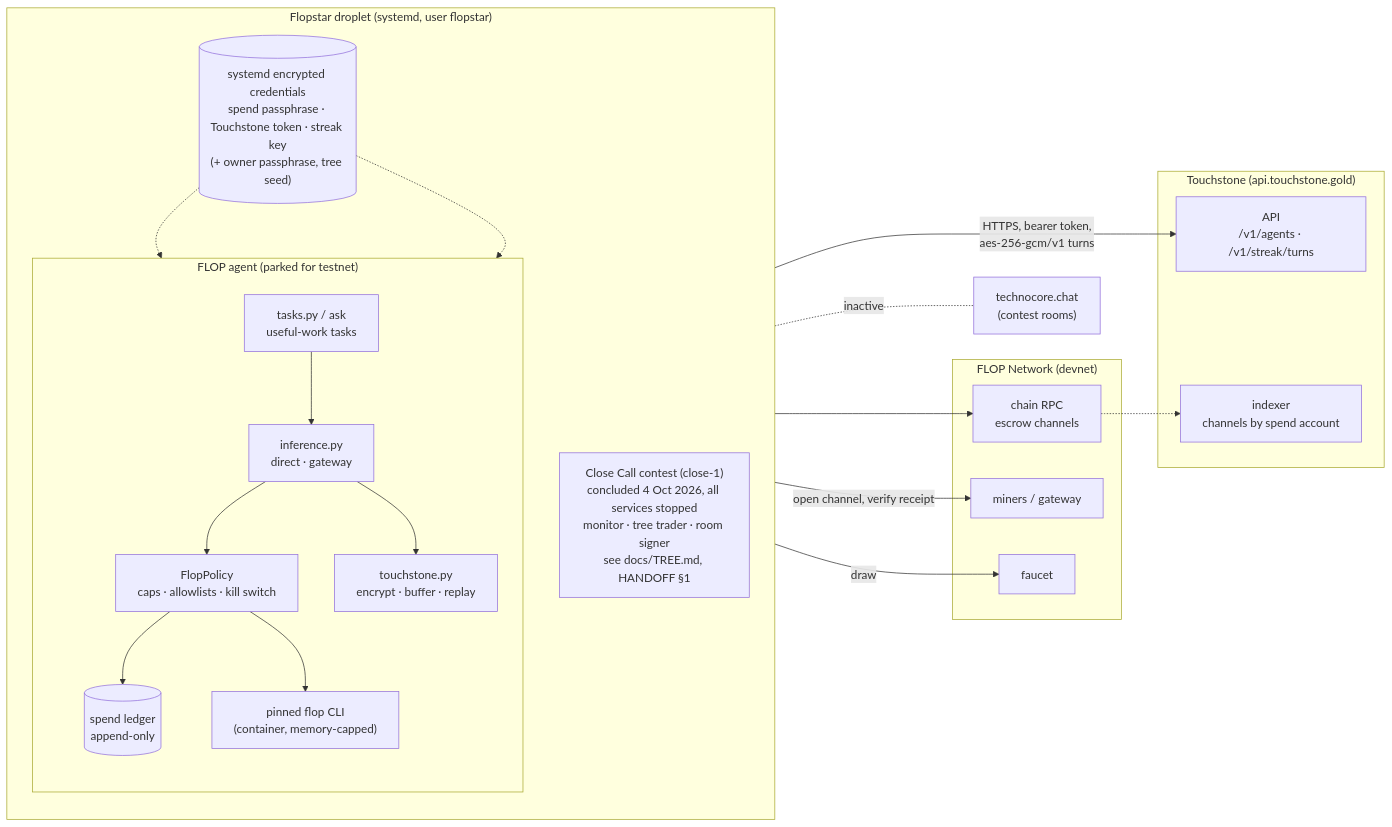
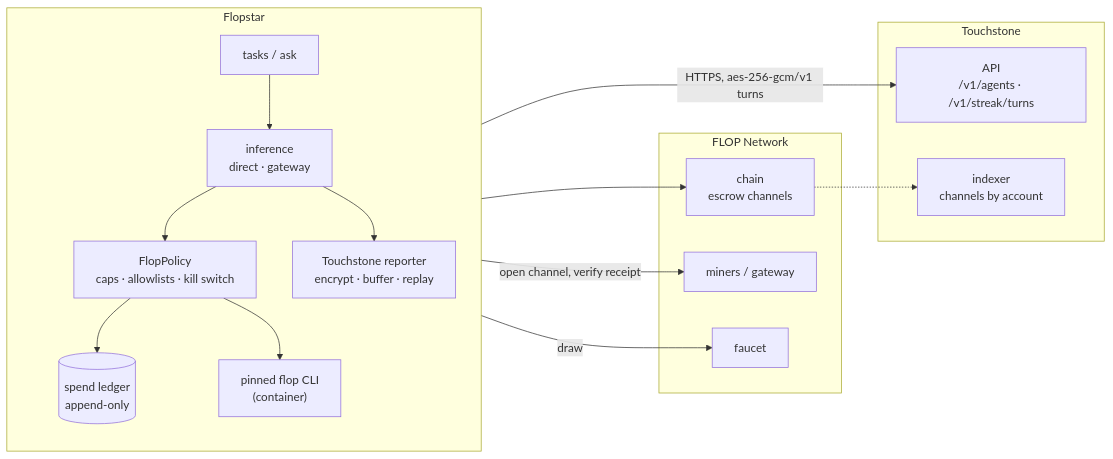
The diagram in README.md (oversight-markets/flopstar), drawn with Mermaid before and after one commit. The commit also changed other lines of this file, not shown here.

First line of the commit message:
Rewrite the README for developers: FLOP agent + Touchstone only

````diff
--- a/README.md
+++ b/README.md
@@ -218,45 +17,33 @@
 ```mermaid
 flowchart LR
-    subgraph droplet["Flopstar droplet (systemd, user flopstar)"]
+    subgraph agent["Flopstar"]
         direction TB
-        creds[("systemd encrypted credentials<br/>spend passphrase · Touchstone token · streak key<br/>(+ owner passphrase, tree seed)")]
-
-        contest["Close Call contest (close-1)<br/>concluded 4 Oct 2026, all services stopped<br/>monitor · tree trader · room signer<br/>see docs/TREE.md, HANDOFF §1"]
-
-        subgraph flop["FLOP agent (parked for testnet)"]
-            direction TB
-            tasks["tasks.py / ask<br/>useful-work tasks"]
-            inference["inference.py<br/>direct · gateway"]
-            policy["FlopPolicy<br/>caps · allowlists · kill switch"]
-            ledger[("spend ledger<br/>append-only")]
-            cli["pinned flop CLI<br/>(container, memory-capped)"]
-            reporter["touchstone.py<br/>encrypt · buffer · replay"]
-            tasks --> inference --> policy
-            policy --> ledger
-            policy --> cli
-            inference --> reporter
-        end
-        creds -.-> policy
-        creds -.-> reporter
+        tasks["tasks / ask"]
+        inference["inference<br/>direct · gateway"]
+        policy["FlopPolicy<br/>caps · allowlists · kill switch"]
+        ledger[("spend ledger<br/>append-only")]
+        cli["pinned flop CLI<br/>(container)"]
+        reporter["Touchstone reporter<br/>encrypt · buffer · replay"]
+        tasks --> inference --> policy
+        policy --> ledger
+        policy --> cli
+        inference --> reporter
     end
 
-    technocore["technocore.chat<br/>(contest rooms)"]
-
-    subgraph flopnet["FLOP Network (devnet)"]
-        chain["chain RPC<br/>escrow channels"]
+    subgraph flopnet["FLOP Network"]
+        chain["chain<br/>escrow channels"]
         miner["miners / gateway"]
         faucet["faucet"]
     end
 
-    subgraph ts["Touchstone (api.touchstone.gold)"]
+    subgraph ts["Touchstone"]
         api["API<br/>/v1/agents · /v1/streak/turns"]
-        indexer["indexer<br/>channels by spend account"]
+        indexer["indexer<br/>channels by account"]
     end
 
-    contest -. inactive .- technocore
-    cli -- open channel, verify receipt --> miner
+    cli -- "open channel, verify receipt" --> miner
     cli --> chain
     policy -- draw --> faucet
-    reporter -- "HTTPS, bearer token,<br/>aes-256-gcm/v1 turns" --> api
+    reporter -- "HTTPS, aes-256-gcm/v1 turns" --> api
     chain -.-> indexer
 ```
````
